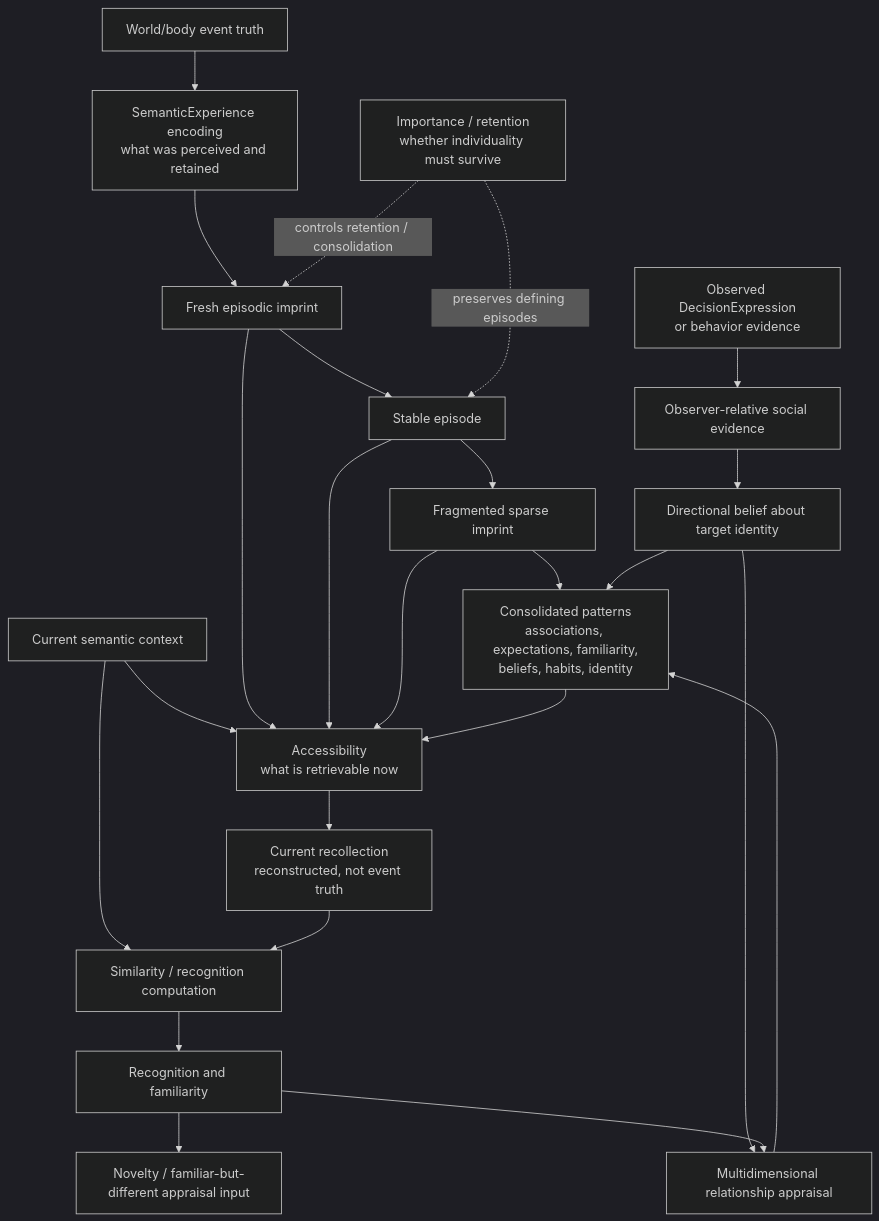
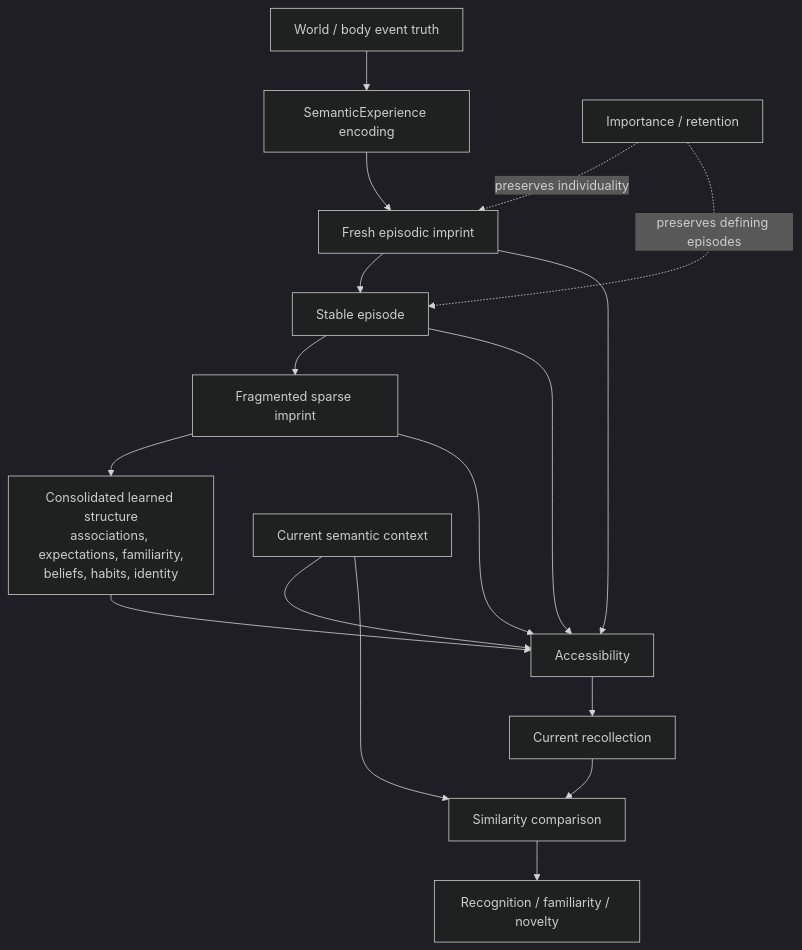
One commit to scoobydeezy/characterlab changed the fourth of 9 diagrams in CHARACTER_ARCHITECTURE.md. Above: the diagram before and after it, drawn with Mermaid (dark theme). The commit also changed other lines of this file and 20 other files, not shown here.

Commit message:
chore: update documentation for architectural reset

````diff
--- a/CHARACTER_ARCHITECTURE.md
+++ b/CHARACTER_ARCHITECTURE.md
@@ -311,35 +762,26 @@
 ```mermaid
 flowchart TB
-    Event[World/body event truth]
-    Encoding[SemanticExperience encoding<br/>what was perceived and retained]
+    Event[World / body event truth]
+    Encode[SemanticExperience encoding]
     Fresh[Fresh episodic imprint]
     Stable[Stable episode]
-    Fragmented[Fragmented sparse imprint]
-    Pattern[Consolidated patterns<br/>associations, expectations, familiarity,<br/>beliefs, habits, identity]
+    Fragment[Fragmented sparse imprint]
+    Pattern[Consolidated learned structure<br/>associations, expectations, familiarity,<br/>beliefs, habits, identity]
     Context[Current semantic context]
-    Access[Accessibility<br/>what is retrievable now]
-    Recollection[Current recollection<br/>reconstructed, not event truth]
-    Compare[Similarity / recognition computation]
-    Recognition[Recognition and familiarity]
-    Novelty[Novelty / familiar-but-different appraisal input]
-    Importance[Importance / retention<br/>whether individuality must survive]
-    Expression[Observed DecisionExpression<br/>or behavior evidence]
-    SocialEvidence[Observer-relative social evidence]
-    SocialBelief[Directional belief about target identity]
-    Relationship[Multidimensional relationship appraisal]
+    Access[Accessibility]
+    Recall[Current recollection]
+    Compare[Similarity comparison]
+    Recognition[Recognition / familiarity / novelty]
+    Importance[Importance / retention]
 
-    Event --> Encoding --> Fresh --> Stable --> Fragmented --> Pattern
-    Importance -. controls retention / consolidation .-> Fresh
+    Event --> Encode --> Fresh --> Stable --> Fragment --> Pattern
+    Importance -. preserves individuality .-> Fresh
     Importance -. preserves defining episodes .-> Stable
-    Context --> Access --> Recollection
+    Context --> Access --> Recall --> Compare
     Fresh --> Access
     Stable --> Access
-    Fragmented --> Access
+    Fragment --> Access
     Pattern --> Access
     Context --> Compare
-    Recollection --> Compare --> Recognition --> Novelty
-    Expression --> SocialEvidence --> SocialBelief --> Relationship
-    Recognition --> Relationship
-    SocialBelief --> Pattern
-    Relationship --> Pattern
+    Compare --> Recognition
 ```
````
